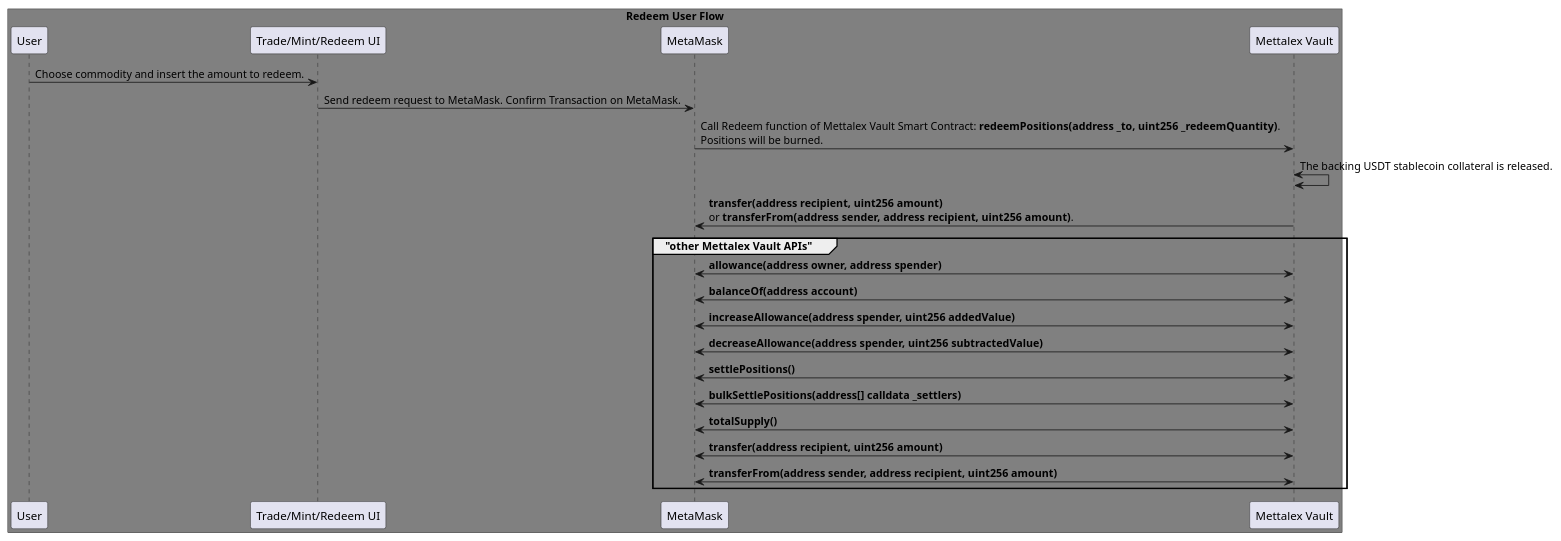
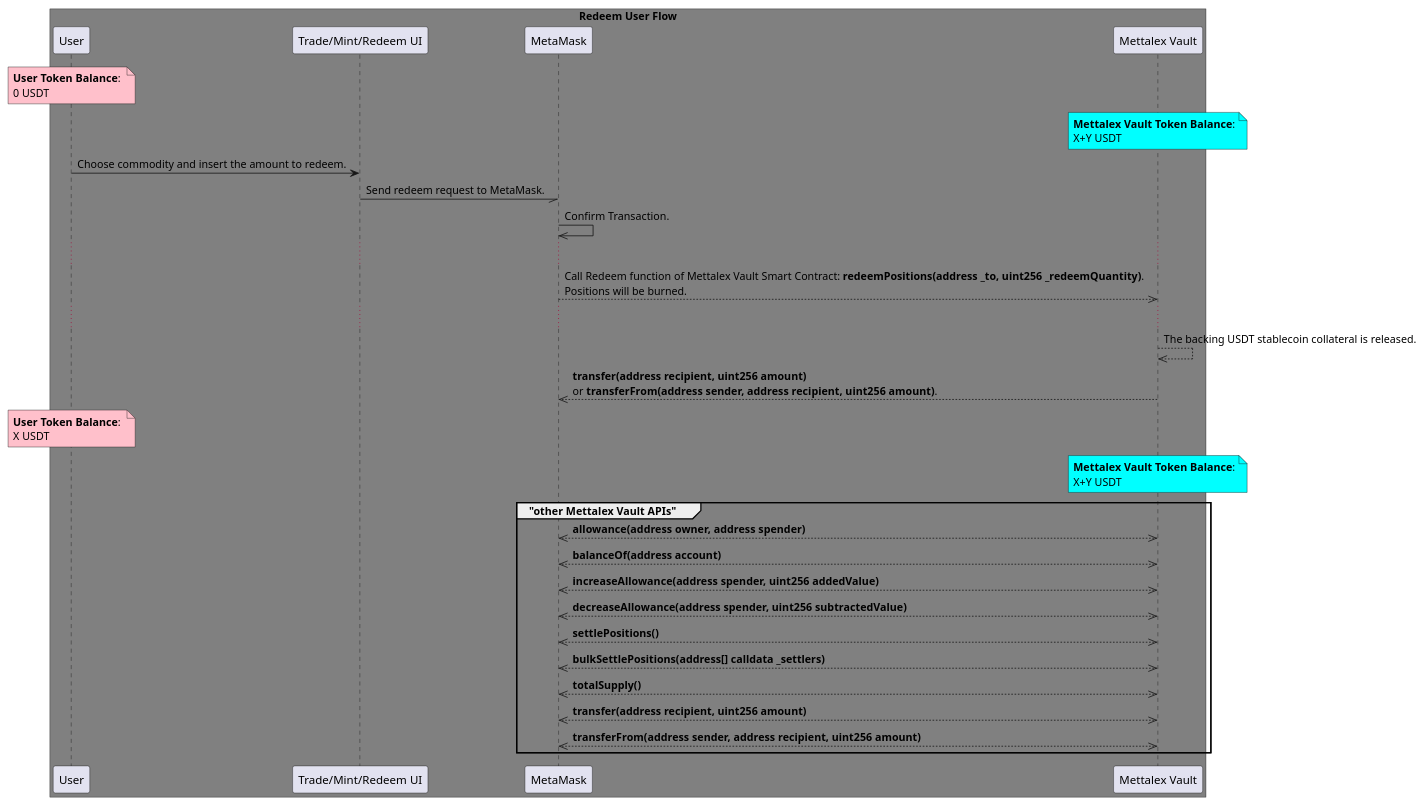
One commit to fetchai/mettalex-documentation changed the diagram in PlantUML and png diagrams/Redeem APIs.puml. Above: the diagram before and after it, drawn with PlantUML. The commit also changed 4 other files, not shown here.

Commit message:
PlantUML Diagrams

```diff
--- a/PlantUML and png diagrams/Redeem APIs.puml
+++ b/PlantUML and png diagrams/Redeem APIs.puml
@@ -1,30 +1,39 @@
 @startuml
 
 box "Redeem User Flow" #grey
 participant "User" as user
 participant "Trade/Mint/Redeem UI" as UI
 participant "MetaMask" as MM
 participant "Mettalex Vault" as MV
 
 end box
 
+note over user #pink: **User Token Balance**: \n0 USDT
+note over MV #aqua: **Mettalex Vault Token Balance**:\nX+Y USDT
+
 user -> UI: Choose commodity and insert the amount to redeem.
-UI -> MM: Send redeem request to MetaMask. Confirm Transaction on MetaMask.
-MM -> MV: Call Redeem function of Mettalex Vault Smart Contract: **redeemPositions(address _to, uint256 _redeemQuantity)**.\nPositions will be burned.
-MV <-> MV: The backing USDT stablecoin collateral is released.
-MV -> MM: **transfer(address recipient, uint256 amount)**\nor **transferFrom(address sender, address recipient, uint256 amount)**.
+UI -// MM: Send redeem request to MetaMask.
+MM ->> MM: Confirm Transaction.
+...
+MM -->> MV: Call Redeem function of Mettalex Vault Smart Contract: **redeemPositions(address _to, uint256 _redeemQuantity)**.\nPositions will be burned.
+...
+MV -->> MV: The backing USDT stablecoin collateral is released.
+MV -->> MM: **transfer(address recipient, uint256 amount)**\nor **transferFrom(address sender, address recipient, uint256 amount)**.
+
+note over user #pink: **User Token Balance**: \nX USDT
+note over MV #aqua: **Mettalex Vault Token Balance**:\nX+Y USDT
 
 
 group "other Mettalex Vault APIs"
-MM <-> MV: **allowance(address owner, address spender)**
-MM <-> MV: **balanceOf(address account)**
-MM <-> MV: **increaseAllowance(address spender, uint256 addedValue)**
-MM <-> MV: **decreaseAllowance(address spender, uint256 subtractedValue)**
-MM <-> MV: **settlePositions()**
-MM <-> MV: **bulkSettlePositions(address[] calldata _settlers)**
-MM <-> MV: **totalSupply()**
-MM <-> MV: **transfer(address recipient, uint256 amount)**
-MM <-> MV: **transferFrom(address sender, address recipient, uint256 amount)**
+MM <<-->> MV: **allowance(address owner, address spender)**
+MM <<-->> MV: **balanceOf(address account)**
+MM <<-->> MV: **increaseAllowance(address spender, uint256 addedValue)**
+MM <<-->> MV: **decreaseAllowance(address spender, uint256 subtractedValue)**
+MM <<-->> MV: **settlePositions()**
+MM <<-->> MV: **bulkSettlePositions(address[] calldata _settlers)**
+MM <<-->> MV: **totalSupply()**
+MM <<-->> MV: **transfer(address recipient, uint256 amount)**
+MM <<-->> MV: **transferFrom(address sender, address recipient, uint256 amount)**
 
 end group
 @enduml
```
